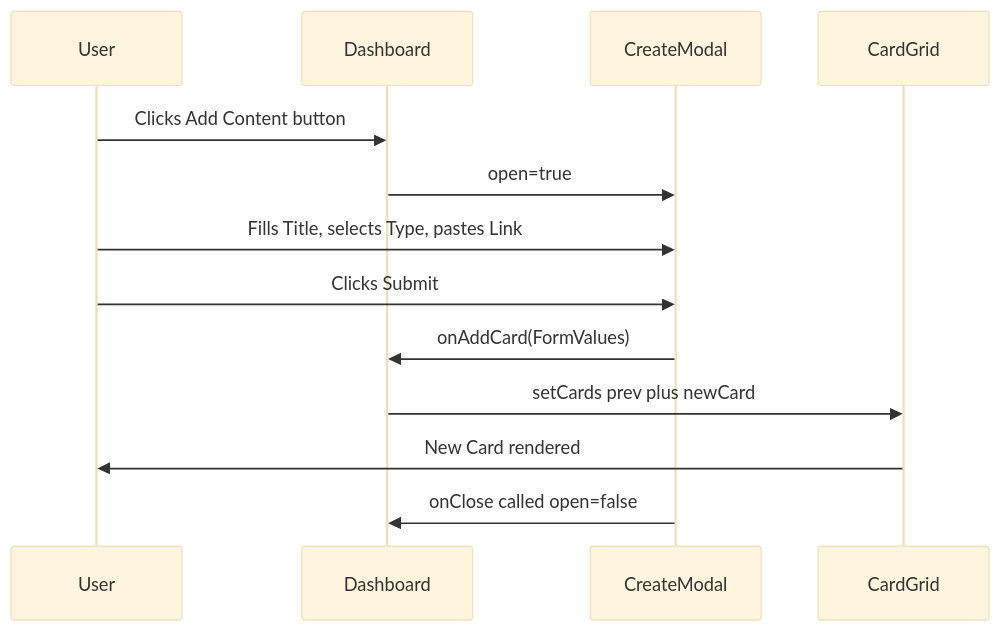
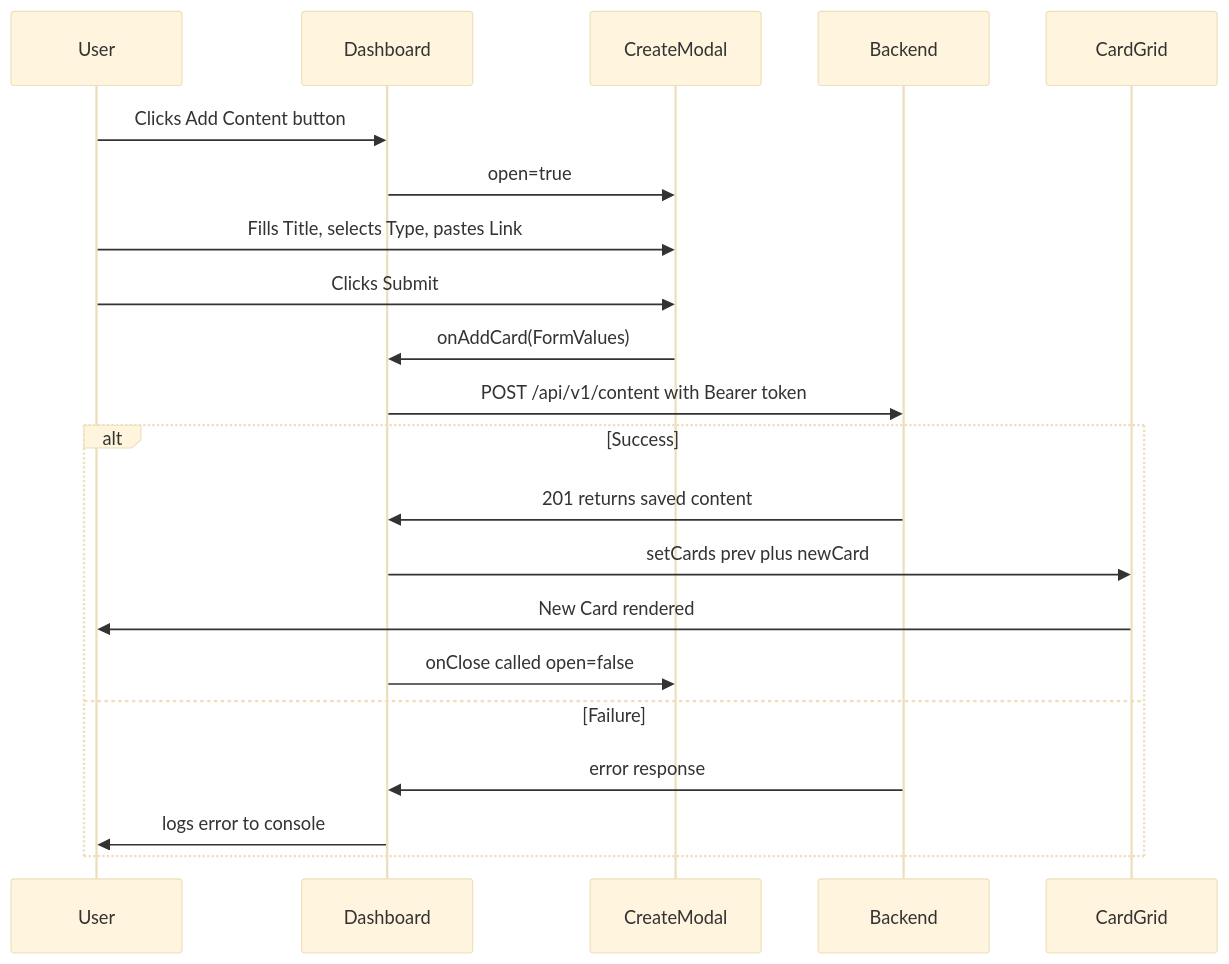
One commit to adityasrivastava19/brainly-frontend changed the third of 8 diagrams in README.md. Above: the diagram before and after it, drawn with Mermaid (base theme). The commit also changed other lines of this file and 6 other files, not shown here.

````diff
--- a/README.md
+++ b/README.md
@@ -157,16 +159,24 @@
 ```mermaid
 sequenceDiagram
     participant User
     participant Dashboard
     participant CreateModal
+    participant Backend
     participant CardGrid
 
     User->>Dashboard: Clicks Add Content button
     Dashboard->>CreateModal: open=true
     User->>CreateModal: Fills Title, selects Type, pastes Link
     User->>CreateModal: Clicks Submit
     CreateModal->>Dashboard: onAddCard(FormValues)
-    Dashboard->>CardGrid: setCards prev plus newCard
-    CardGrid->>User: New Card rendered
-    CreateModal->>Dashboard: onClose called open=false
+    Dashboard->>Backend: POST /api/v1/content with Bearer token
+    alt Success
+        Backend->>Dashboard: 201 returns saved content
+        Dashboard->>CardGrid: setCards prev plus newCard
+        CardGrid->>User: New Card rendered
+        Dashboard->>CreateModal: onClose called open=false
+    else Failure
+        Backend->>Dashboard: error response
+        Dashboard->>User: logs error to console
+    end
 ```
````
